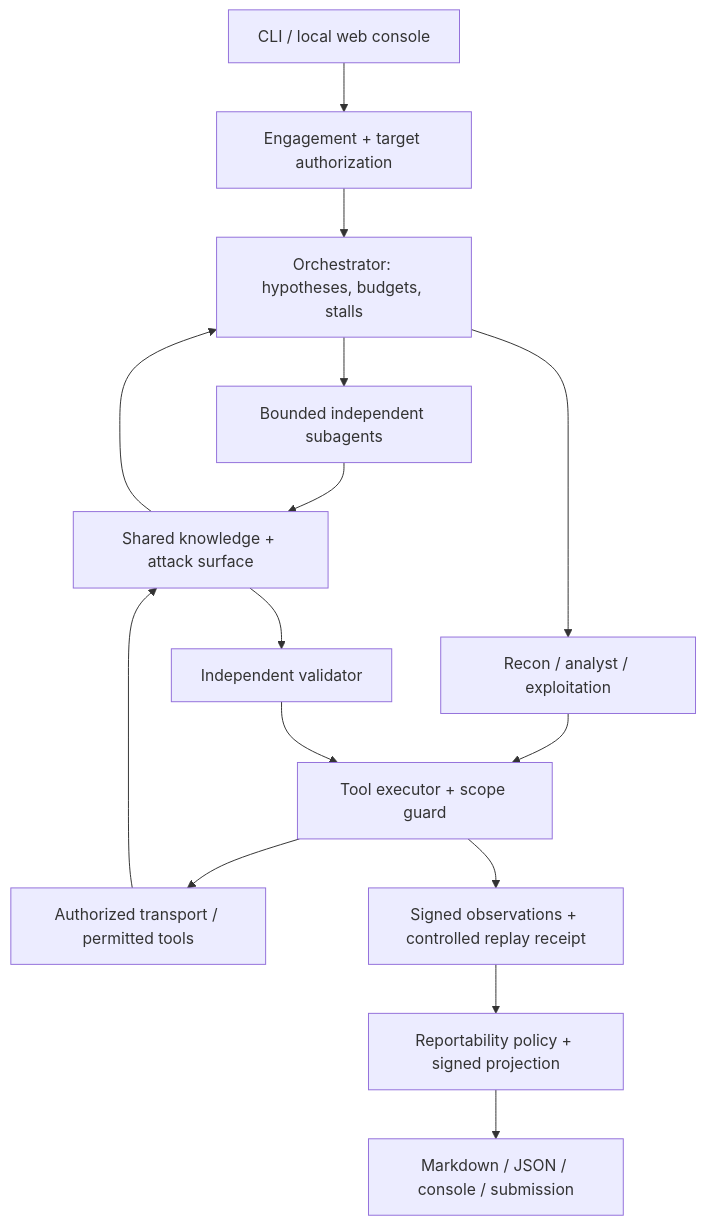
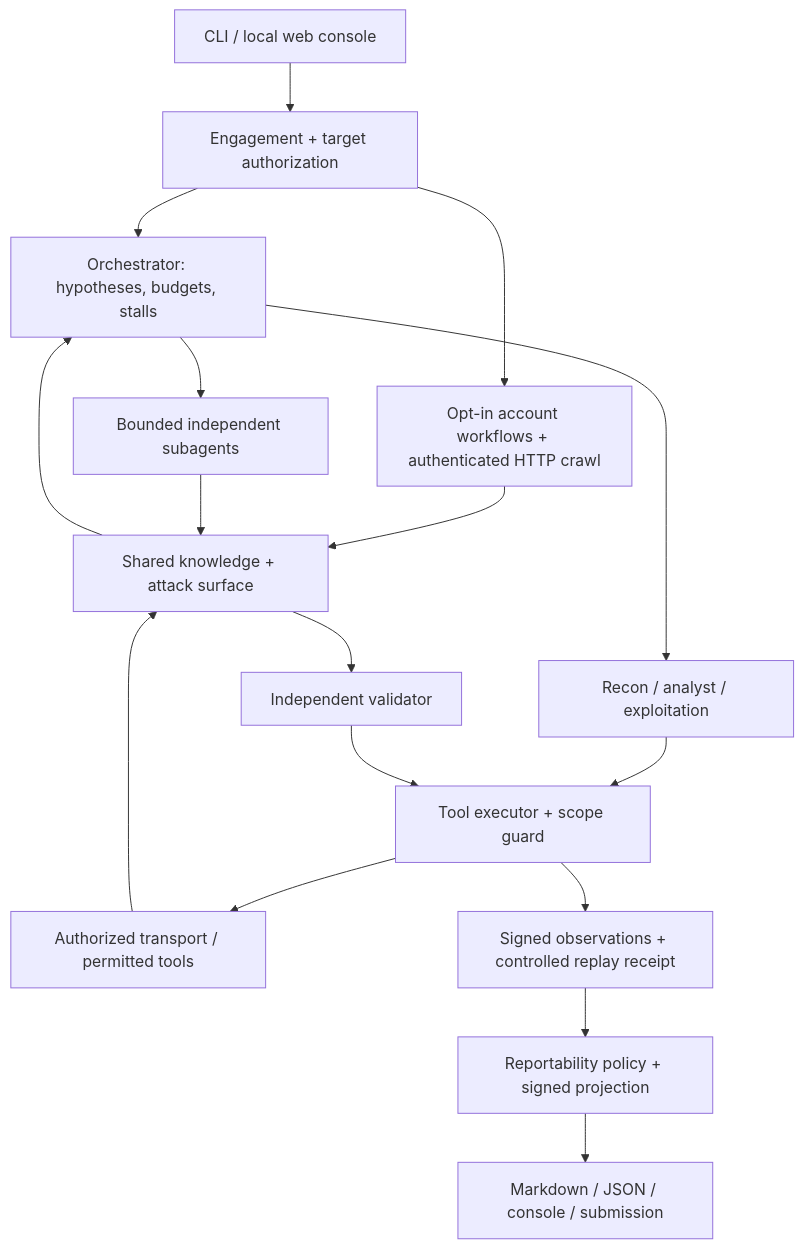
The diagram in README.md (oussamaelfig/Reynard), drawn with Mermaid before and after one commit. The commit also changed other lines of this file and 27 other files, not shown here.

Commit message:
Add bounded authenticated research workflows

````diff
--- a/README.md
+++ b/README.md
@@ -88,17 +88,19 @@
 ```mermaid
 flowchart TD
     A["CLI / local web console"] --> B["Engagement + target authorization"]
     B --> C["Orchestrator: hypotheses, budgets, stalls"]
+    B --> R["Opt-in account workflows + authenticated HTTP crawl"]
+    R --> F
     C --> D["Bounded independent subagents"]
     C --> E["Recon / analyst / exploitation"]
     D --> F["Shared knowledge + attack surface"]
     E --> G["Tool executor + scope guard"]
     G --> H["Authorized transport / permitted tools"]
     H --> F
     F --> C
     F --> I["Independent validator"]
     I --> G
     G --> J["Signed observations + controlled replay receipt"]
     J --> K["Reportability policy + signed projection"]
     K --> L["Markdown / JSON / console / submission"]
 ```
````
